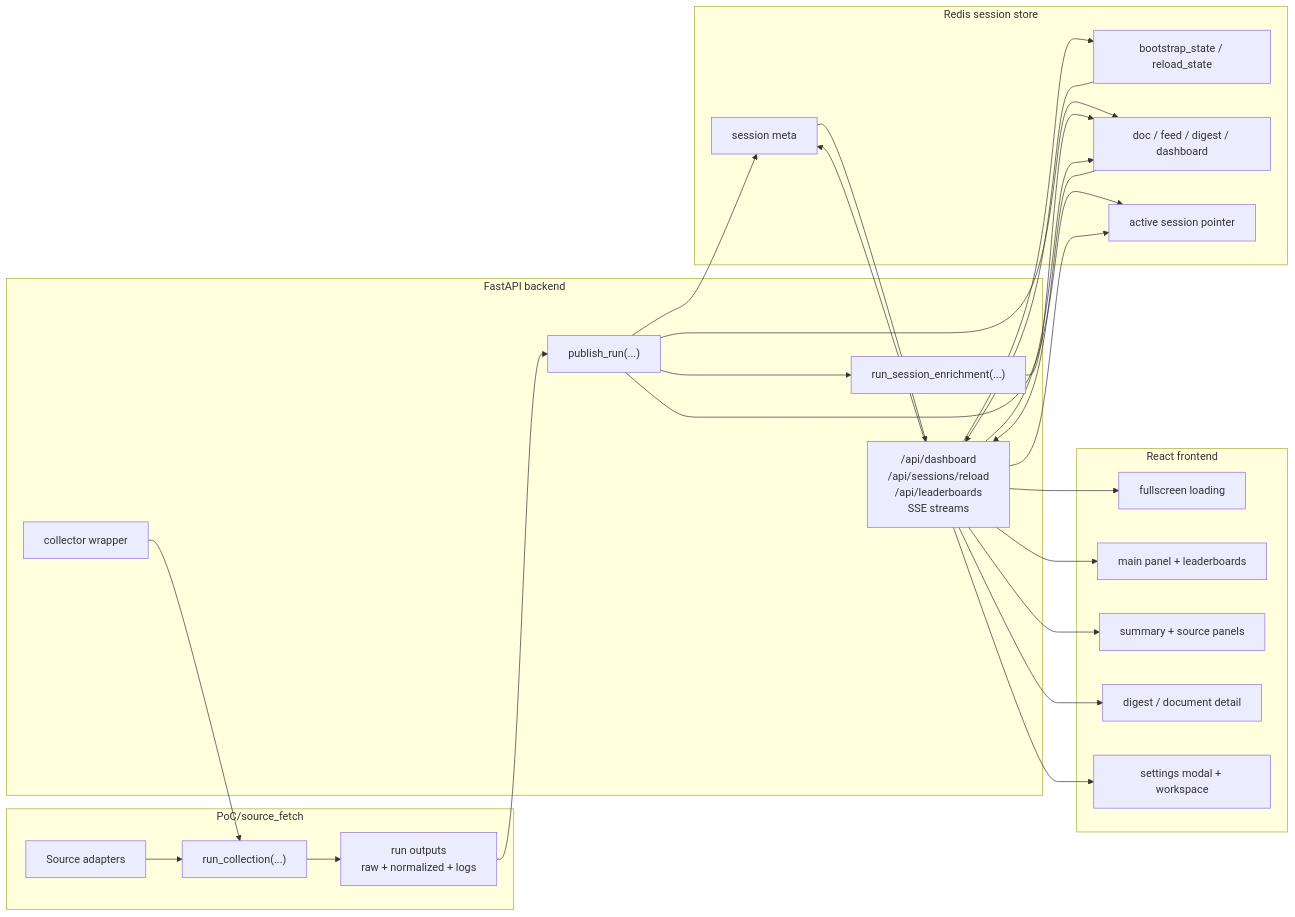
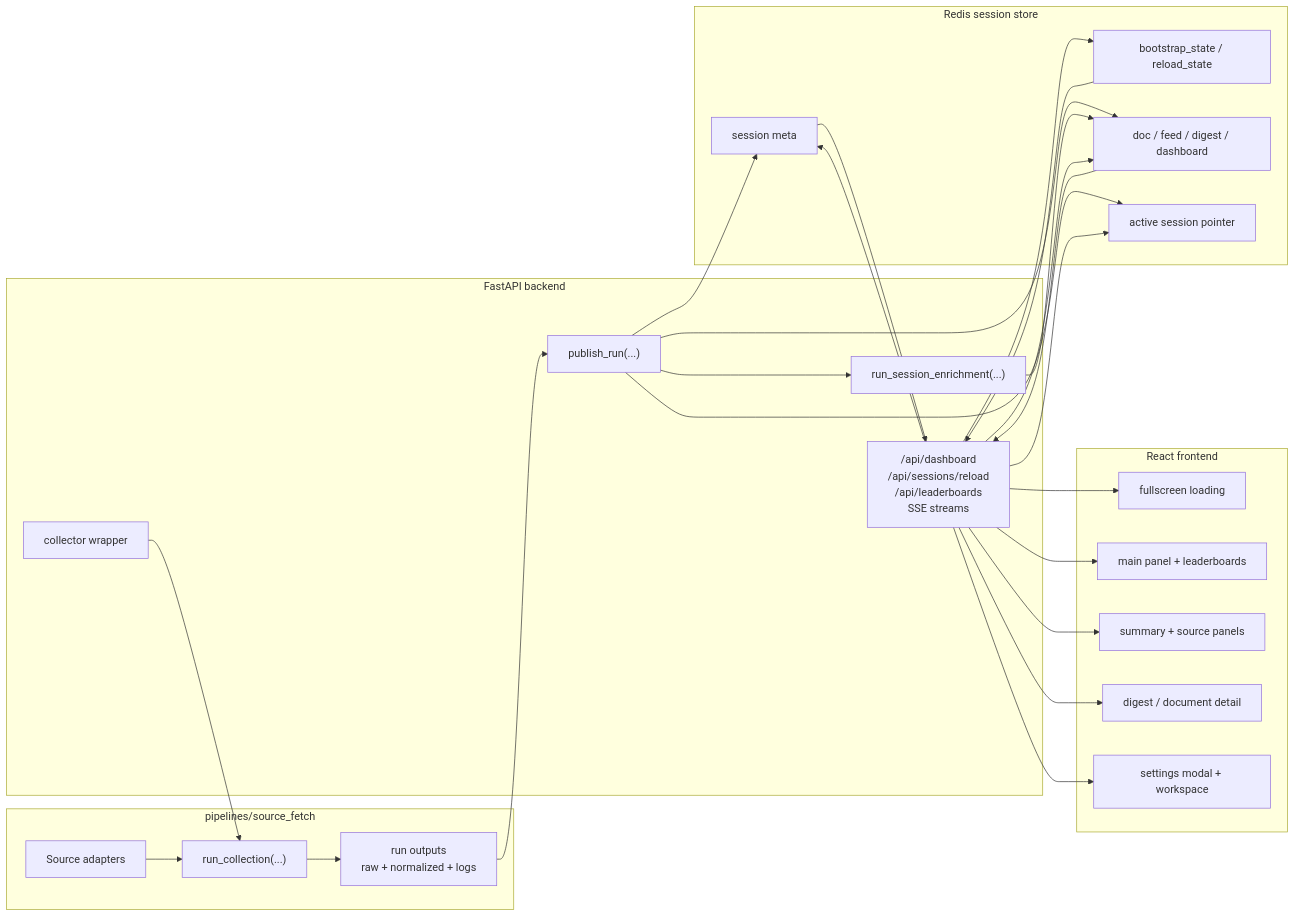
Before and after one commit to sparkorbit/sparkorbit: the diagram in docs/01_overall_flow.md, drawn with Mermaid. The commit also changed other lines of this file and 32 other files, not shown here.

````diff
--- a/docs/01_overall_flow.md
+++ b/docs/01_overall_flow.md
@@ -48,49 +48,49 @@
 ```mermaid
 flowchart LR
-    subgraph Collect["PoC/source_fetch"]
+    subgraph Collect["pipelines/source_fetch"]
         A["Source adapters"]
         B["run_collection(...)"]
         C["run outputs\nraw + normalized + logs"]
     end
 
     subgraph Runtime["FastAPI backend"]
         D["collector wrapper"]
         E["publish_run(...)"]
         F["run_session_enrichment(...)"]
         G["/api/dashboard\n/api/sessions/reload\n/api/leaderboards\nSSE streams"]
     end
 
     subgraph Redis["Redis session store"]
         H["bootstrap_state / reload_state"]
         I["session meta"]
         J["doc / feed / digest / dashboard"]
         K["active session pointer"]
     end
 
     subgraph UI["React frontend"]
         L["fullscreen loading"]
         M["main panel + leaderboards"]
         N["summary + source panels"]
         O["digest / document detail"]
         P["settings modal + workspace"]
     end
 
     A --> B --> C
     D --> B
     C --> E --> I
     E --> J
     E --> K
     E --> F --> J
     G --> H
     G --> I
     G --> J
     G --> K
     H --> G
     I --> G
     J --> G
     G --> L
     G --> M
     G --> N
     G --> O
     G --> P
 ```
````
